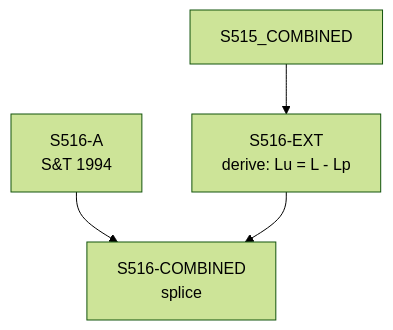
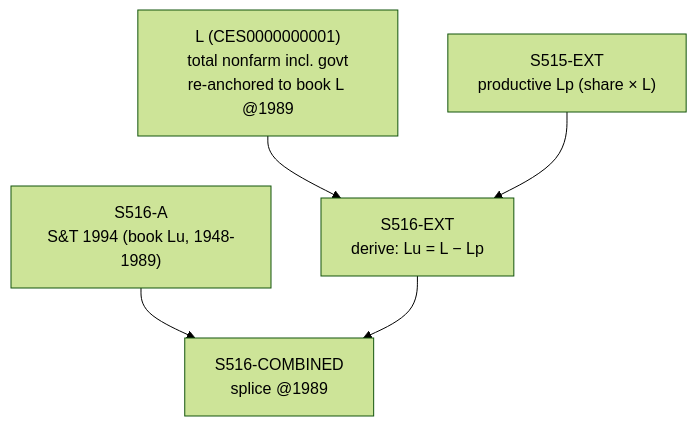
One commit to andenick/measuring-the-wealth-of-nations changed the diagram in docs/series/S516_DECOMPOSITION.md. Above: the diagram before and after it, drawn with Mermaid (forest theme). The commit also changed other lines of this file and 200 other files, not shown here.

````diff
--- a/docs/series/S516_DECOMPOSITION.md
+++ b/docs/series/S516_DECOMPOSITION.md
@@ -7,11 +7,12 @@
 ```mermaid
 flowchart TD
-    S516_A["S516-A<br/>S&T 1994"]
-    S516_EXT["S516-EXT<br/>derived"]
-    S516_COMBINED["S516-COMBINED<br/>"]
-    S516_EXT["S516-EXT<br/>derive: Lu = L - Lp"]
-    S515_COMBINED --> S516_EXT
-    S516_COMBINED["S516-COMBINED<br/>splice"]
+    L["L (CES0000000001)<br/>total nonfarm incl. govt<br/>re-anchored to book L @1989"]
+    S515_EXT["S515-EXT<br/>productive Lp (share × L)"]
+    S516_A["S516-A<br/>S&T 1994 (book Lu, 1948-1989)"]
+    S516_EXT["S516-EXT<br/>derive: Lu = L − Lp"]
+    L --> S516_EXT
+    S515_EXT --> S516_EXT
+    S516_COMBINED["S516-COMBINED<br/>splice @1989"]
     S516_A --> S516_COMBINED
     S516_EXT --> S516_COMBINED
 ```
````
